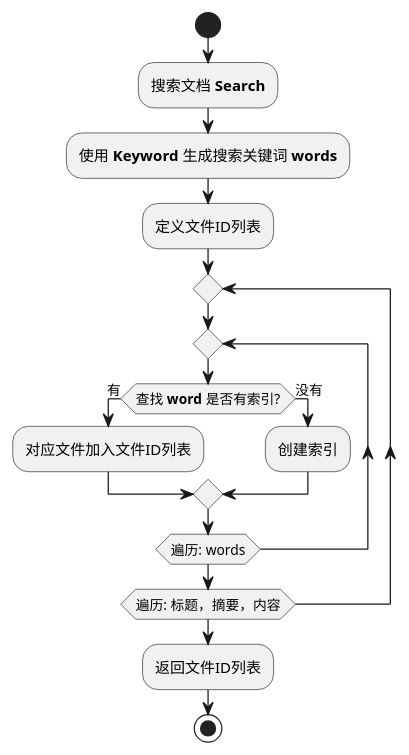
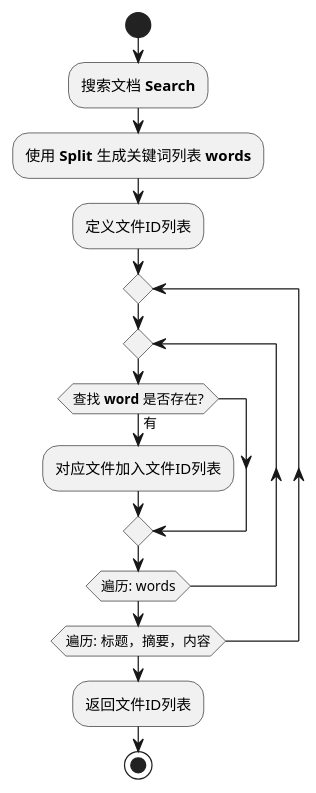
One commit to xuender/go-search changed the diagram in doc/search.puml. Above: the diagram before and after it, drawn with PlantUML. The commit also changed 12 other files, not shown here.

```diff
--- a/doc/search.puml
+++ b/doc/search.puml
@@ -1,17 +1,15 @@
 @startuml
 start
 :搜索文档 **Search**;
-:使用 **Keyword** 生成搜索关键词 **words**;
+:使用 **Split** 生成关键词列表 **words**;
 :定义文件ID列表;
 repeat
   repeat
-    if (查找 **word** 是否有索引?) then (有)
+    if (查找 **word** 是否存在?) then (有)
       :对应文件加入文件ID列表;
-    else (没有)
-      :创建索引;
     endif
   repeat while (遍历: words)
 repeat while (遍历: 标题，摘要，内容)
 :返回文件ID列表;
 stop
 @enduml
```
